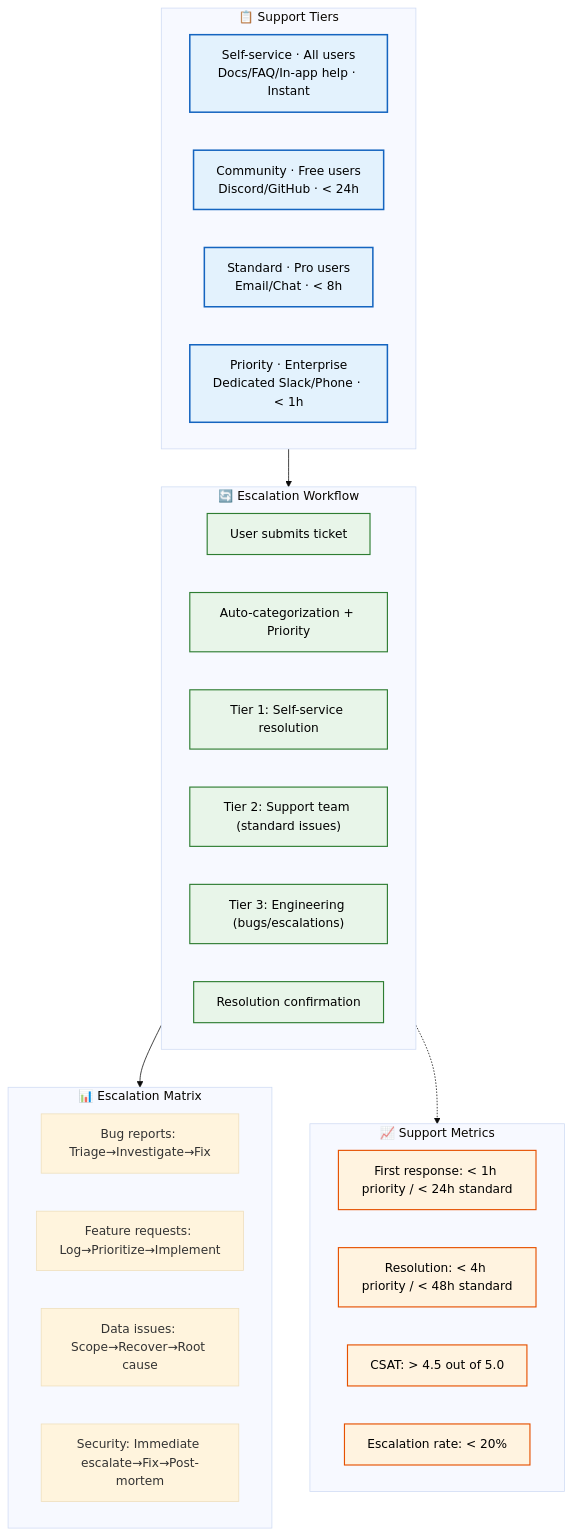
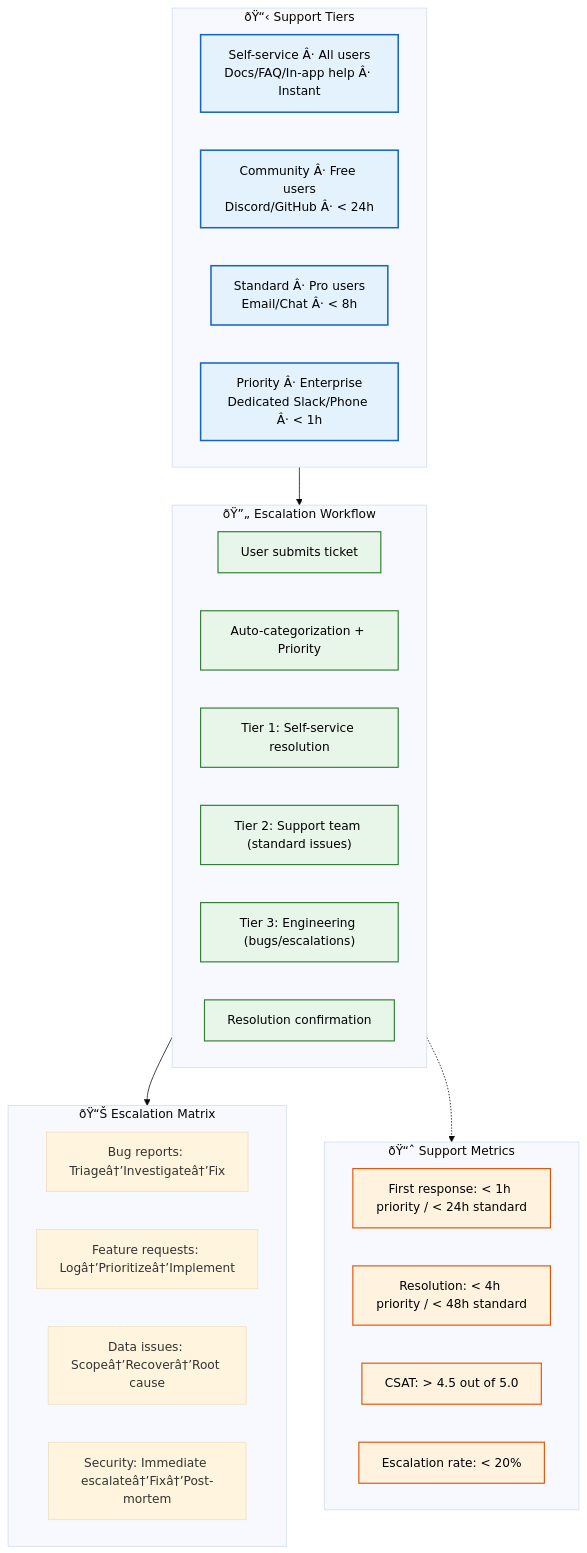
The diagram in Docs/Operations/Support.md (Driftloom/Vaeloom), drawn with Mermaid (base theme) before and after one commit. The commit also changed other lines of this file and 249 other files, not shown here.

````diff
--- a/Docs/Operations/Support.md
+++ b/Docs/Operations/Support.md
@@ -8,44 +8,44 @@
 ```mermaid
 graph TD
     classDef tier fill:#e3f2fd,stroke:#1565c0,color:#000,stroke-width:2px
     classDef workflow fill:#e8f5e9,stroke:#2e7d32,color:#000,stroke-width:1.5px
     classDef metric fill:#fff3e0,stroke:#e65100,color:#000,stroke-width:1.5px
 
-    subgraph Tiers["📋 Support Tiers"]
-        T1["Self-service · All users<br/>Docs/FAQ/In-app help · Instant"]
-        T2["Community · Free users<br/>Discord/GitHub · < 24h"]
-        T3["Standard · Pro users<br/>Email/Chat · < 8h"]
-        T4["Priority · Enterprise<br/>Dedicated Slack/Phone · < 1h"]
+    subgraph Tiers["ðŸ“‹ Support Tiers"]
+        T1["Self-service Â· All users<br/>Docs/FAQ/In-app help Â· Instant"]
+        T2["Community Â· Free users<br/>Discord/GitHub Â· < 24h"]
+        T3["Standard Â· Pro users<br/>Email/Chat Â· < 8h"]
+        T4["Priority Â· Enterprise<br/>Dedicated Slack/Phone Â· < 1h"]
     end
 
-    subgraph Workflow["🔄 Escalation Workflow"]
+    subgraph Workflow["ðŸ”„ Escalation Workflow"]
         W1["User submits ticket"]
         W2["Auto-categorization + Priority"]
         W3["Tier 1: Self-service resolution"]
         W4["Tier 2: Support team (standard issues)"]
         W5["Tier 3: Engineering (bugs/escalations)"]
         W6["Resolution confirmation"]
     end
 
-    subgraph Escalation["📊 Escalation Matrix"]
-        E1["Bug reports: Triage→Investigate→Fix"]
-        E2["Feature requests: Log→Prioritize→Implement"]
-        E3["Data issues: Scope→Recover→Root cause"]
-        E4["Security: Immediate escalate→Fix→Post-mortem"]
+    subgraph Escalation["ðŸ“Š Escalation Matrix"]
+        E1["Bug reports: Triageâ†’Investigateâ†’Fix"]
+        E2["Feature requests: Logâ†’Prioritizeâ†’Implement"]
+        E3["Data issues: Scopeâ†’Recoverâ†’Root cause"]
+        E4["Security: Immediate escalateâ†’Fixâ†’Post-mortem"]
     end
 
-    subgraph Metrics["📈 Support Metrics"]
+    subgraph Metrics["ðŸ“ˆ Support Metrics"]
         M1["First response: < 1h priority / < 24h standard"]
         M2["Resolution: < 4h priority / < 48h standard"]
         M3["CSAT: > 4.5 out of 5.0"]
         M4["Escalation rate: < 20%"]
     end
 
     Tiers --> Workflow --> Escalation
     Workflow -.-> Metrics
 
     class T1,T2,T3,T4 tier
     class W1,W2,W3,W4,W5,W6 workflow
     class E1,E2,E3,E4 escalation
     class M1,M2,M3,M4 metric
 ```
````
